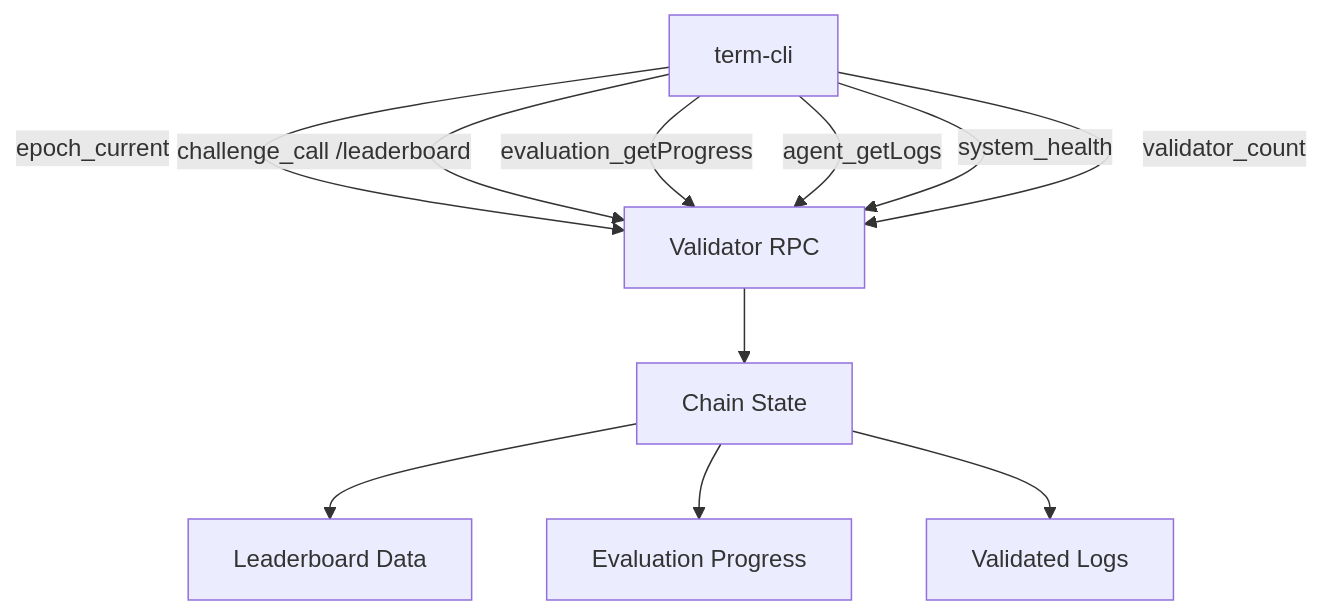
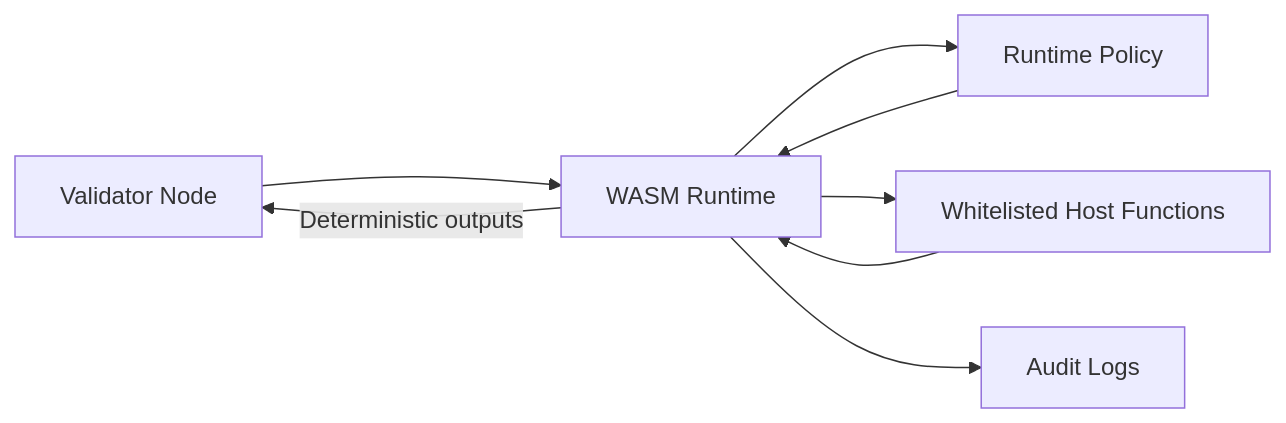
The third of 6 diagrams in README.md (PlatformNetwork/term-challenge-v2), drawn with Mermaid before and after one commit. The commit also changed other lines of this file and 208 other files, not shown here.

First line of the commit message:
feat: WASM-only architecture with sudo challenge management and P2P distribution

````diff
--- a/README.md
+++ b/README.md
@@ -128,13 +91,10 @@
 ```mermaid
-flowchart TB
-    CLI[term-cli] -->|epoch_current| RPC[Validator RPC]
-    CLI -->|challenge_call /leaderboard| RPC
-    CLI -->|evaluation_getProgress| RPC
-    CLI -->|agent_getLogs| RPC
-    CLI -->|system_health| RPC
-    CLI -->|validator_count| RPC
-    RPC --> State[Chain State]
-    State --> LB[Leaderboard Data]
-    State --> Eval[Evaluation Progress]
-    State --> Logs[Validated Logs]
+flowchart LR
+    Validator[Validator Node] --> Runtime[WASM Runtime]
+    Runtime --> Policy[Runtime Policy]
+    Runtime --> HostFns[Whitelisted Host Functions]
+    Runtime --> Audit[Audit Logs]
+    Policy --> Runtime
+    HostFns --> Runtime
+    Runtime -->|Deterministic outputs| Validator
 ```
````
